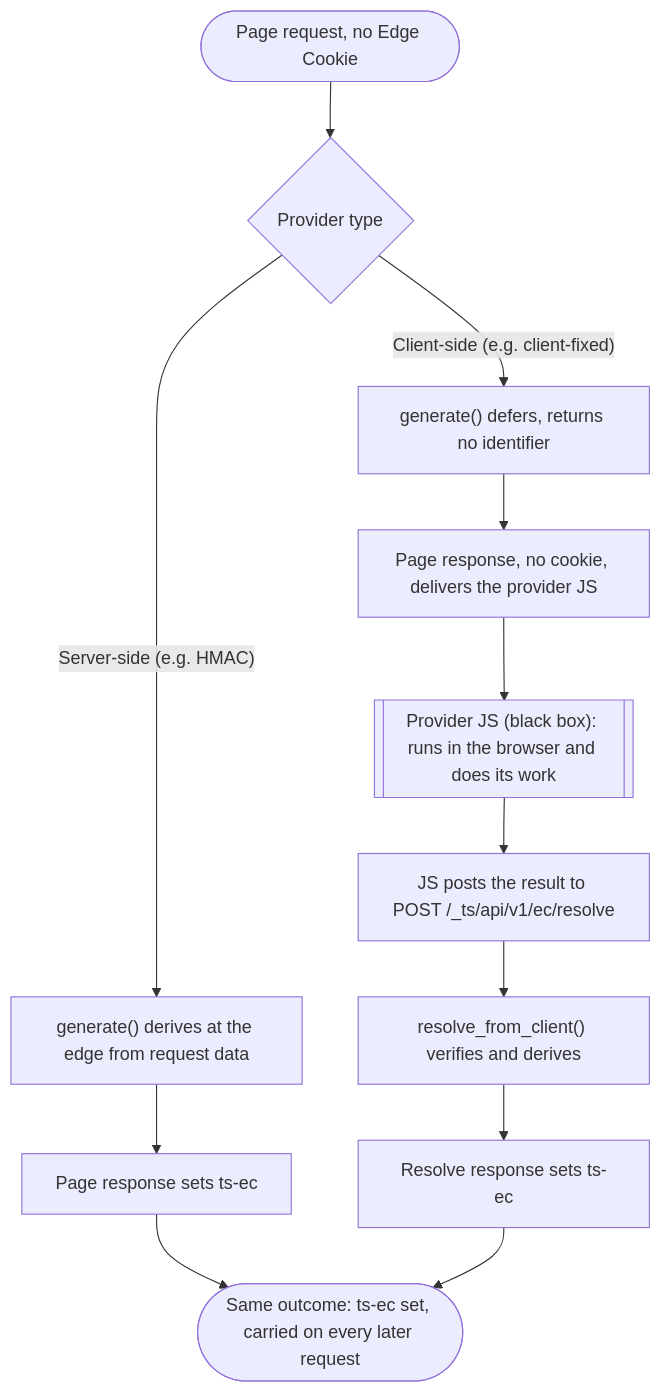
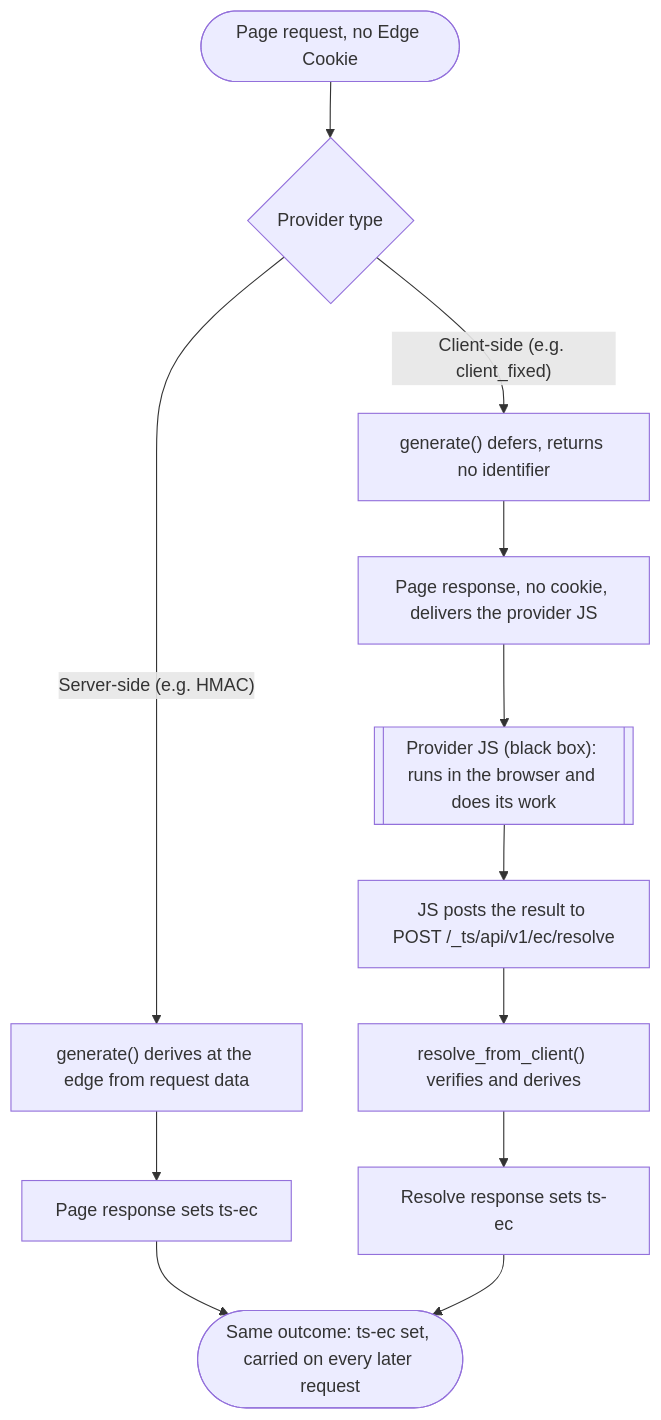
One commit to IABTechLab/trusted-server changed the fourth of 7 diagrams in docs/guide/edge-cookies.md. Above: the diagram before and after it, drawn with Mermaid. The commit also changed other lines of this file and 58 other files, not shown here.

````diff
--- a/docs/guide/edge-cookies.md
+++ b/docs/guide/edge-cookies.md
@@ -118,17 +118,17 @@
 ```mermaid
 flowchart TD
     Start(["Page request, no Edge Cookie"]) --> Type{"Provider type"}
 
     Type -->|"Server-side (e.g. HMAC)"| SGen["generate() derives at the edge from request data"]
     SGen --> SSet["Page response sets ts-ec"]
 
-    Type -->|"Client-side (e.g. client-fixed)"| CDefer["generate() defers, returns no identifier"]
+    Type -->|"Client-side (e.g. client_fixed)"| CDefer["generate() defers, returns no identifier"]
     CDefer --> CPage["Page response, no cookie, delivers the provider JS"]
     CPage --> CBox[["Provider JS (black box): runs in the browser and does its work"]]
     CBox --> CPost["JS posts the result to POST /_ts/api/v1/ec/resolve"]
     CPost --> CResolve["resolve_from_client() verifies and derives"]
     CResolve --> CSet["Resolve response sets ts-ec"]
 
     SSet --> Same(["Same outcome: ts-ec set, carried on every later request"])
     CSet --> Same
 ```
````
